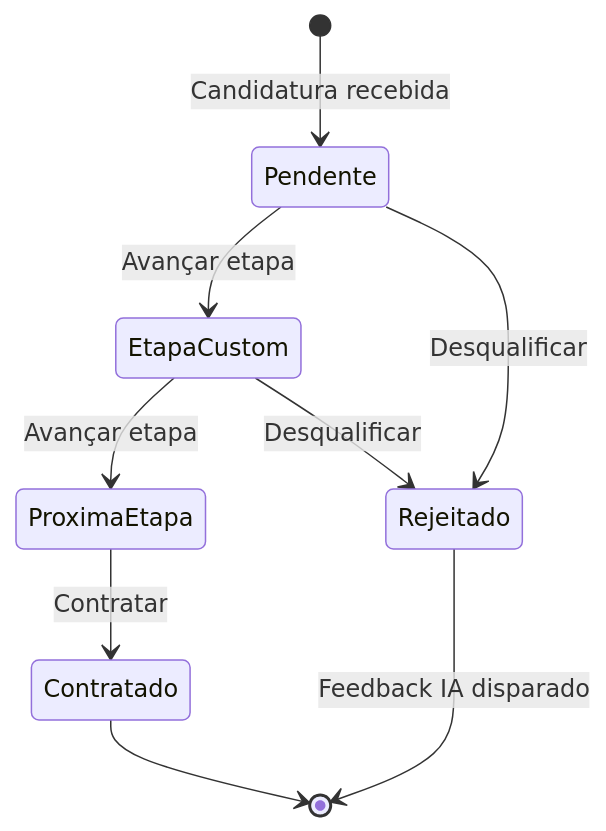
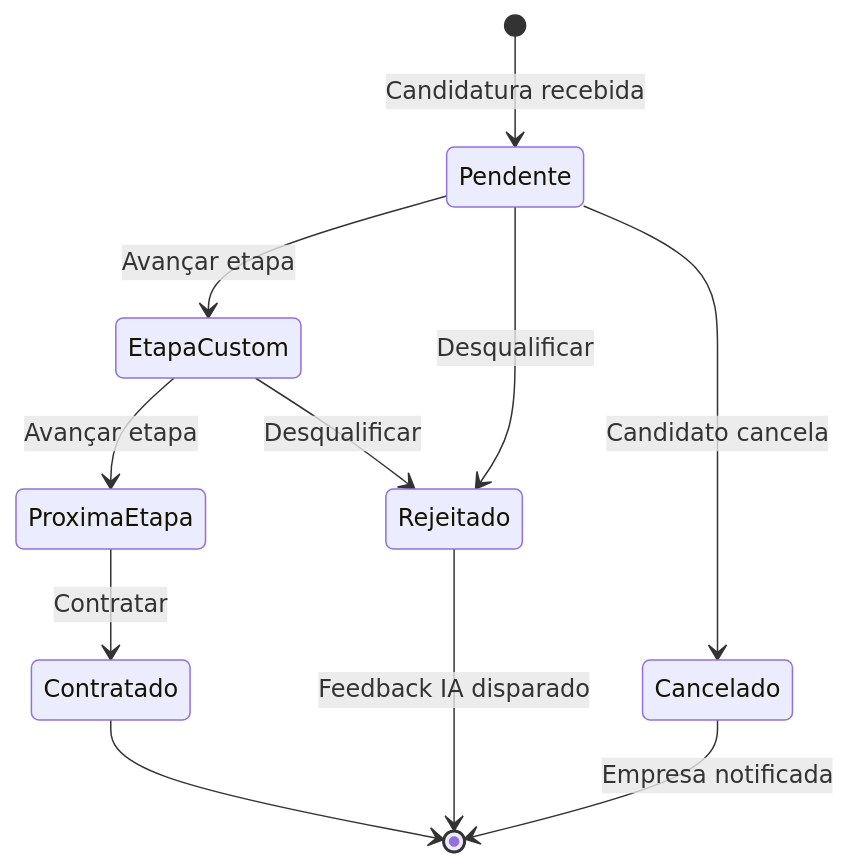
One commit to ThQMS/TCC---Linkup changed the third of 4 diagrams in README.md. Above: the diagram before and after it, drawn with Mermaid. The commit also changed other lines of this file and 24 other files, not shown here.

````diff
--- a/README.md
+++ b/README.md
@@ -144,11 +147,13 @@
 ```mermaid
 stateDiagram-v2
     [*] --> Pendente: Candidatura recebida
     Pendente --> EtapaCustom: Avançar etapa
     EtapaCustom --> ProximaEtapa: Avançar etapa
     ProximaEtapa --> Contratado: Contratar
     Pendente --> Rejeitado: Desqualificar
     EtapaCustom --> Rejeitado: Desqualificar
+    Pendente --> Cancelado: Candidato cancela
     Contratado --> [*]
     Rejeitado --> [*]: Feedback IA disparado
+    Cancelado --> [*]: Empresa notificada
 ```
````
